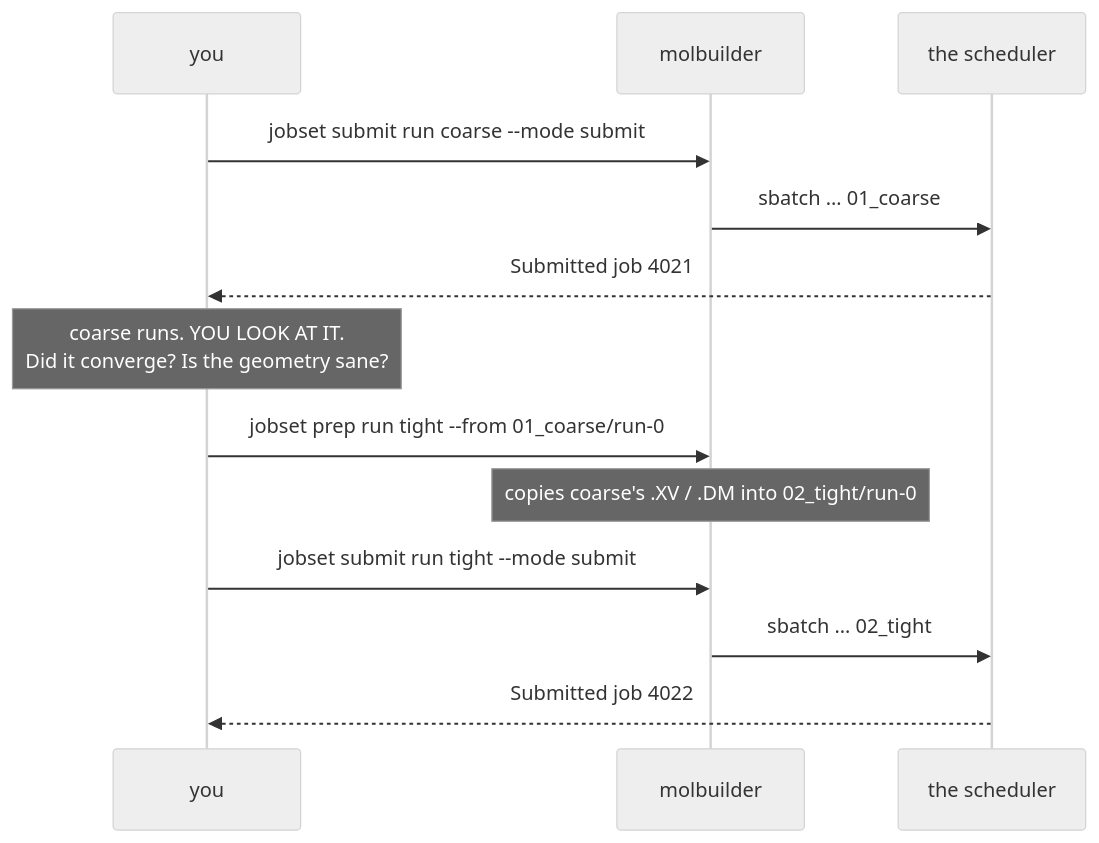
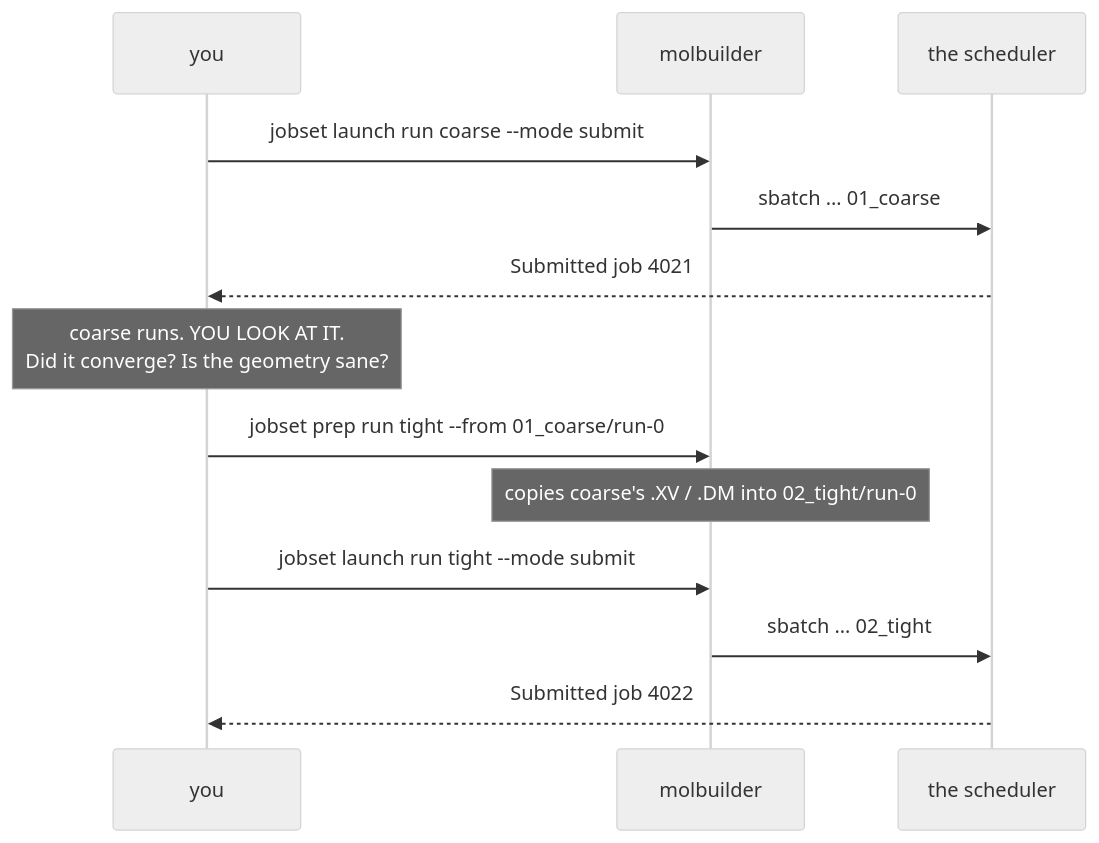
One commit to Qing-LAB/molbuilder changed the eighth of 9 diagrams in docs/execution/job-system.md. Above: the diagram before and after it, drawn with Mermaid (neutral theme). The commit also changed other lines of this file and 37 other files, not shown here.

First line of the commit message:
refactor(cli)!: `jobset submit` -> `jobset launch` -- the verb stops naming one of its modes

````diff
--- a/docs/execution/job-system.md
+++ b/docs/execution/job-system.md
@@ -1061,15 +1061,15 @@
 ```mermaid
 sequenceDiagram
     participant U as you
     participant M as molbuilder
     participant S as the scheduler
-    U->>M: jobset submit run coarse --mode submit
+    U->>M: jobset launch run coarse --mode submit
     M->>S: sbatch … 01_coarse
     S-->>U: Submitted job 4021
     Note over U: coarse runs. YOU LOOK AT IT.<br/>Did it converge? Is the geometry sane?
     U->>M: jobset prep run tight --from 01_coarse/run-0
     Note over M: copies coarse's .XV / .DM into 02_tight/run-0
-    U->>M: jobset submit run tight --mode submit
+    U->>M: jobset launch run tight --mode submit
     M->>S: sbatch … 02_tight
     S-->>U: Submitted job 4022
 ```
````
